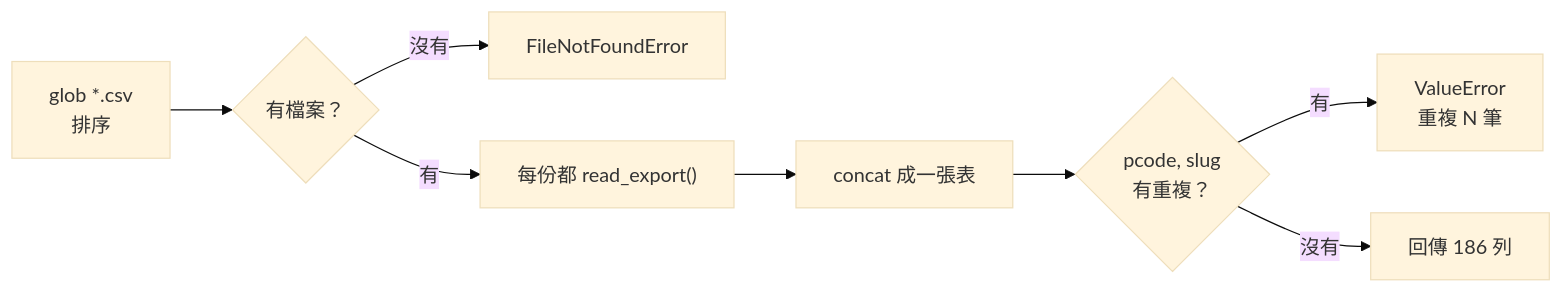
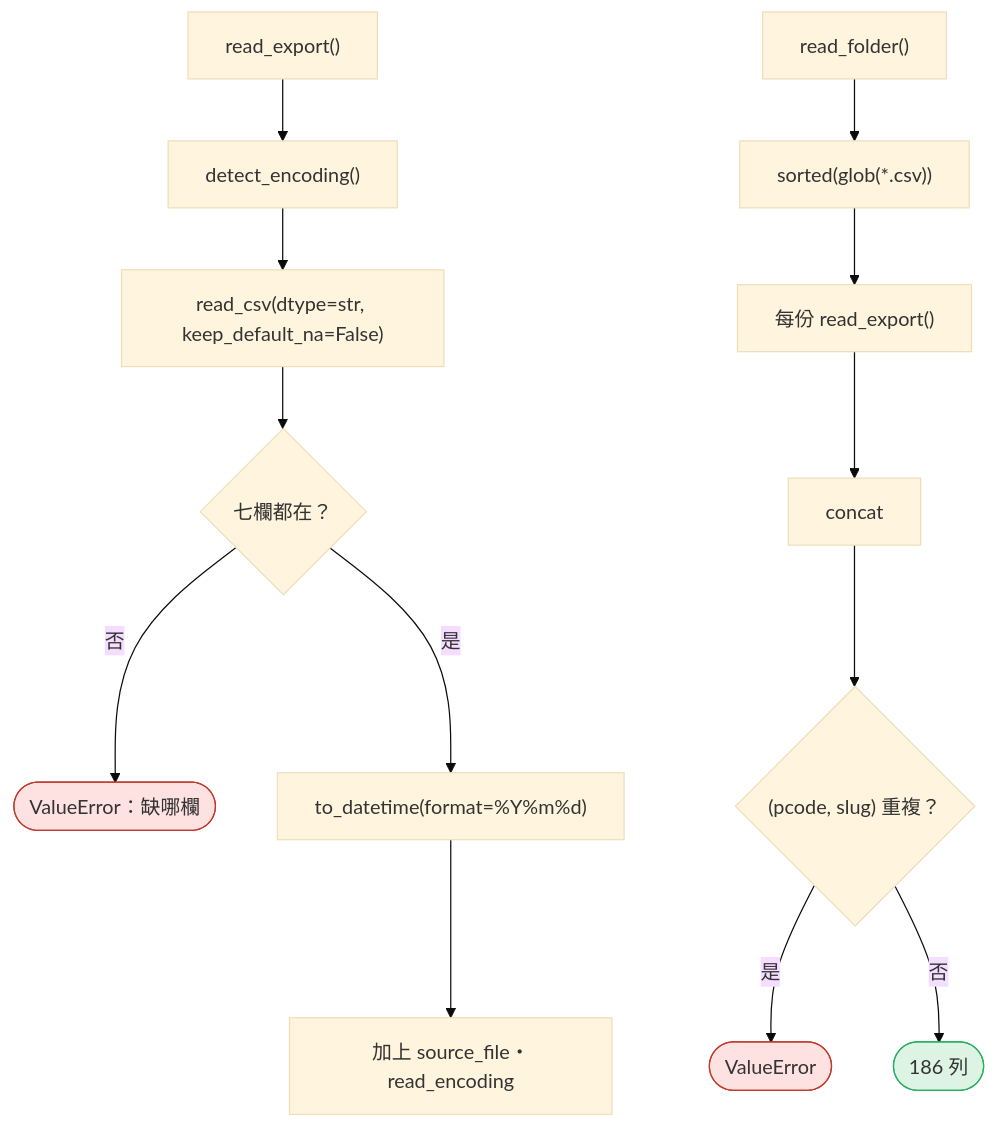
Before and after one commit to 4-learn/data-analysis-and-process-demo: the ninth of 9 diagrams in 2026/02-read-files.md, drawn with Mermaid (base theme). The commit also changed other lines of this file and 39 other files, not shown here.

Commit message:
[pm] docs: 18 節改為「每段一張圖」：程式切成小段，每段附位置圖與步驟圖

````diff
--- a/2026/02-read-files.md
+++ b/2026/02-read-files.md
@@ -133,10 +262,15 @@
 ```mermaid
-flowchart LR
-    G["glob *.csv<br/>排序"] --> E{"有檔案？"}
-    E -- "沒有" --> X1["FileNotFoundError"]
-    E -- "有" --> L["每份都 read_export()"]
-    L --> K["concat 成一張表"]
-    K --> U{"pcode, slug<br/>有重複？"}
-    U -- "有" --> X2["ValueError<br/>重複 N 筆"]
-    U -- "沒有" --> OK["回傳 186 列"]
+flowchart TD
+    A["read_export()"] --> B["detect_encoding()"] --> C["read_csv(dtype=str, keep_default_na=False)"]
+    C --> D{"七欄都在？"}
+    D -- 否 --> X1(["ValueError：缺哪欄"])
+    D -- 是 --> E["to_datetime(format=%Y%m%d)"] --> G["加上 source_file・read_encoding"]
+    H["read_folder()"] --> I["sorted(glob(*.csv))"] --> J["每份 read_export()"] --> K["concat"]
+    K --> L{"(pcode, slug) 重複？"}
+    L -- 是 --> X2(["ValueError"])
+    L -- 否 --> M(["186 列"])
+    classDef bad fill:#fde2e1,stroke:#c0392b
+    classDef good fill:#ddf3e4,stroke:#27ae60
+    class X1,X2 bad
+    class M good
 ```
````
